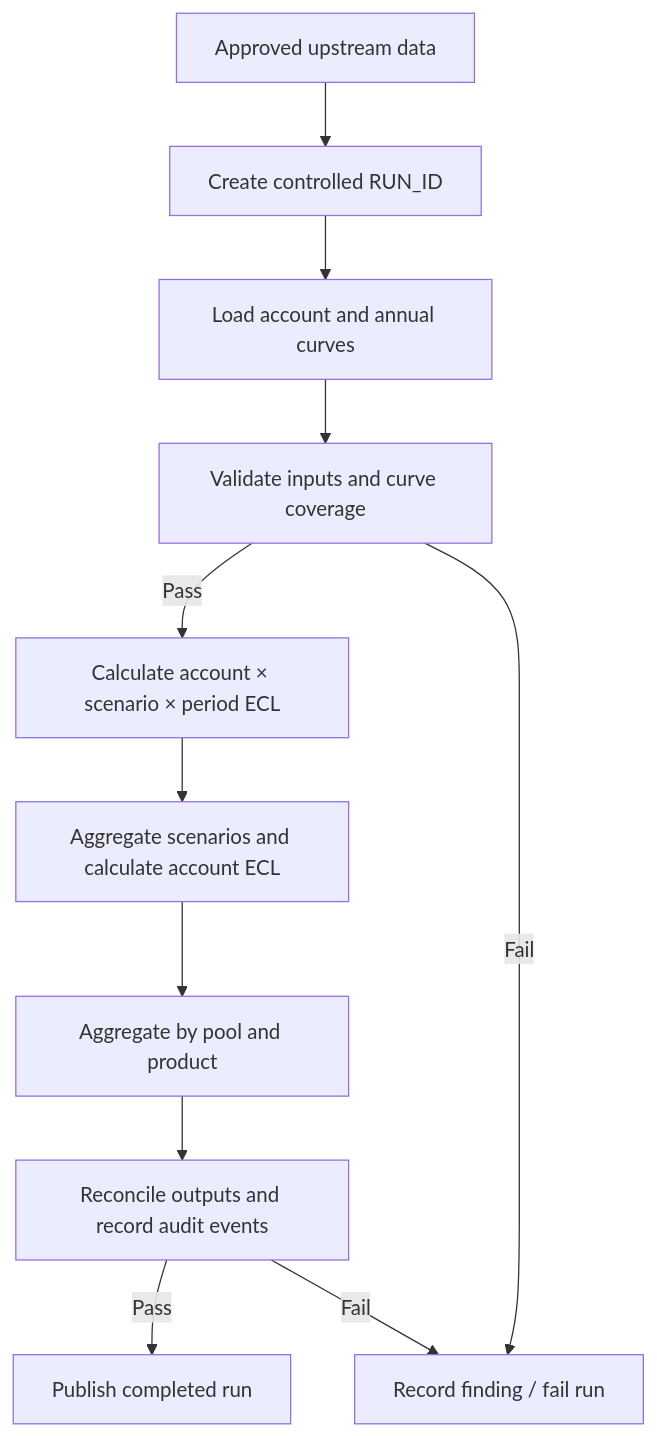
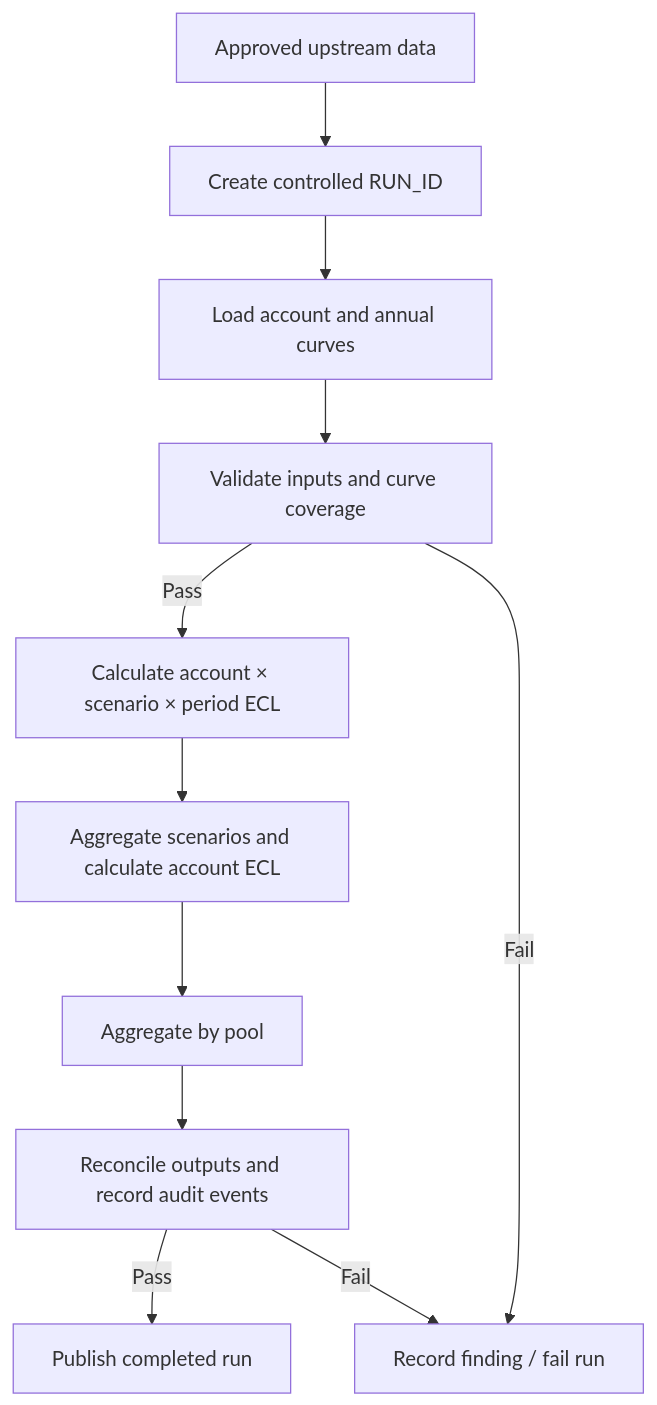
One commit to nguyenngocbinh/ifrs9-retail-ecl-engine changed the second of 2 diagrams in README.md. Above: the diagram before and after it, drawn with Mermaid. The commit also changed other lines of this file, not shown here.

Commit message:
docs: simplify pool aggregation wording

````diff
--- a/README.md
+++ b/README.md
@@ -79,13 +79,13 @@
 ```mermaid
 flowchart TD
     A[Approved upstream data] --> B[Create controlled RUN_ID]
     B --> C[Load account and annual curves]
     C --> D[Validate inputs and curve coverage]
     D -->|Pass| E[Calculate account × scenario × period ECL]
     D -->|Fail| X[Record finding / fail run]
     E --> F[Aggregate scenarios and calculate account ECL]
-    F --> G[Aggregate by pool and product]
+    F --> G[Aggregate by pool]
     G --> H[Reconcile outputs and record audit events]
     H -->|Pass| I[Publish completed run]
     H -->|Fail| X
 ```
````
